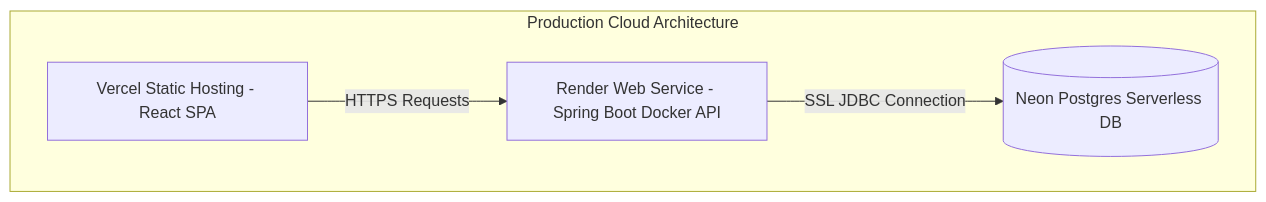
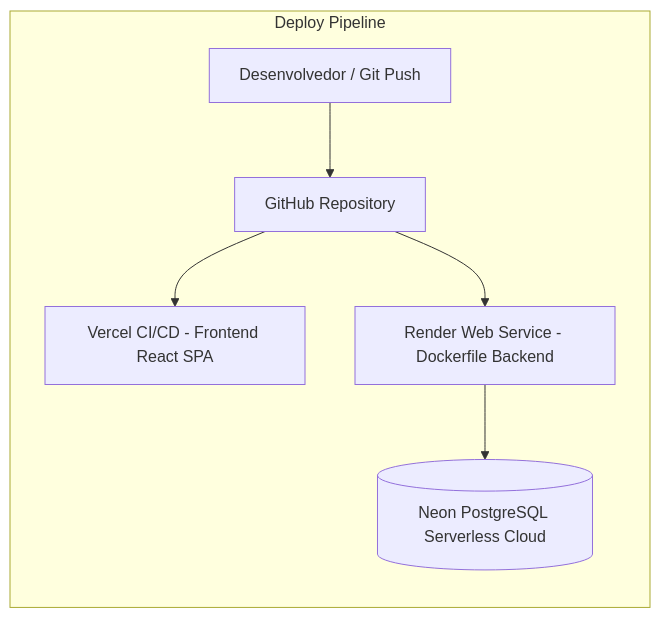
The fifth of 5 diagrams in SPECIFICATION.md (Gutember-g/GeradorEscalaAutomatico), drawn with Mermaid before and after one commit. The commit also changed other lines of this file and 7 other files, not shown here.

````diff
--- a/SPECIFICATION.md
+++ b/SPECIFICATION.md
@@ -266,7 +551,9 @@
 ```mermaid
-graph TD
-    subgraph Production Cloud Architecture
-        Vercel[Vercel Static Hosting - React SPA] -->|HTTPS Requests| Render[Render Web Service - Spring Boot Docker API]
-        Render -->|SSL JDBC Connection| Neon[(Neon Postgres Serverless DB)]
+graph LR
+    subgraph Deploy Pipeline
+        Dev[Desenvolvedor / Git Push] --> Repo[GitHub Repository]
+        Repo --> VercelCI[Vercel CI/CD - Frontend React SPA]
+        Repo --> RenderCI[Render Web Service - Dockerfile Backend]
+        RenderCI --> NeonDB[(Neon PostgreSQL Serverless Cloud)]
     end
 ```
````
